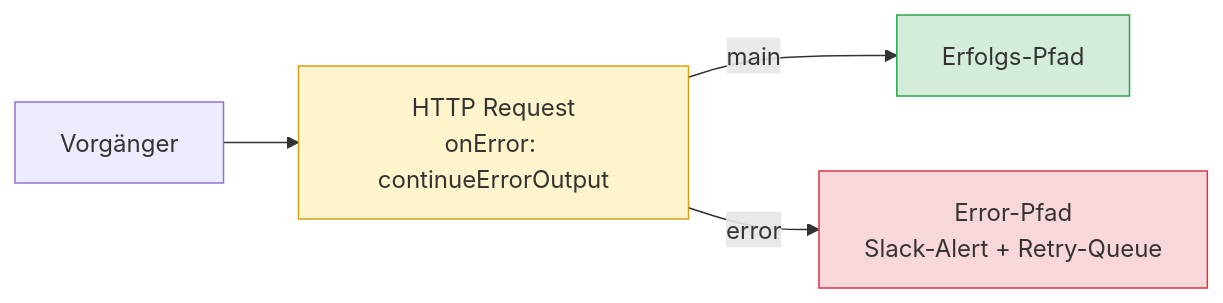
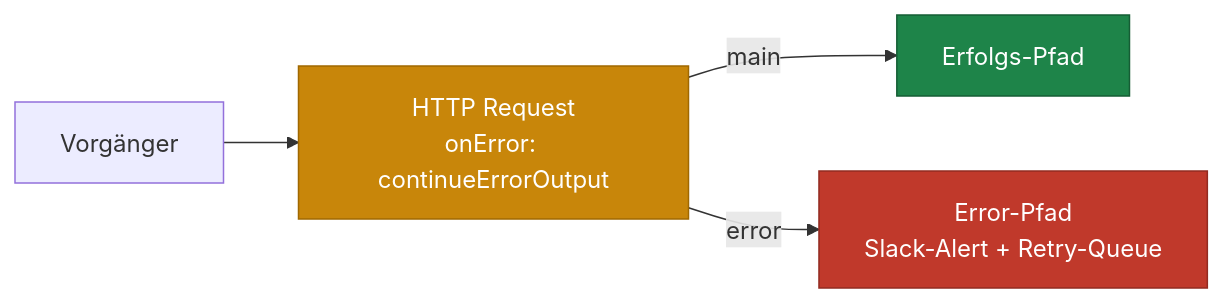
Before and after one commit to ericleddin/m4-n8n-demos: diagram 14 of 15 in docs/n8n_learning/n8n_Datenfluss_Kompendium_v2.md, drawn with Mermaid. The commit also changed other lines of this file and 4 other files, not shown here.

Commit message:
Add AI agent, LLM, and n8n developer guides; standardize Mermaid colors

````diff
--- a/docs/n8n_learning/n8n_Datenfluss_Kompendium_v2.md
+++ b/docs/n8n_learning/n8n_Datenfluss_Kompendium_v2.md
@@ -400,10 +400,10 @@
 ```mermaid
 flowchart LR
     A[Vorgänger] --> H[HTTP Request<br/>onError: continueErrorOutput]
     H -- main --> S[Erfolgs-Pfad]
     H -- error --> E[Error-Pfad<br/>Slack-Alert + Retry-Queue]
 
-    style H fill:#fff4cc,stroke:#d4a017
-    style E fill:#f8d7da,stroke:#dc3545
-    style S fill:#d4edda,stroke:#28a745
+    style H fill:#c8860a,stroke:#a06800,color:#fff
+    style E fill:#c0392b,stroke:#922b21,color:#fff
+    style S fill:#1e8449,stroke:#155d34,color:#fff
 ```
````
